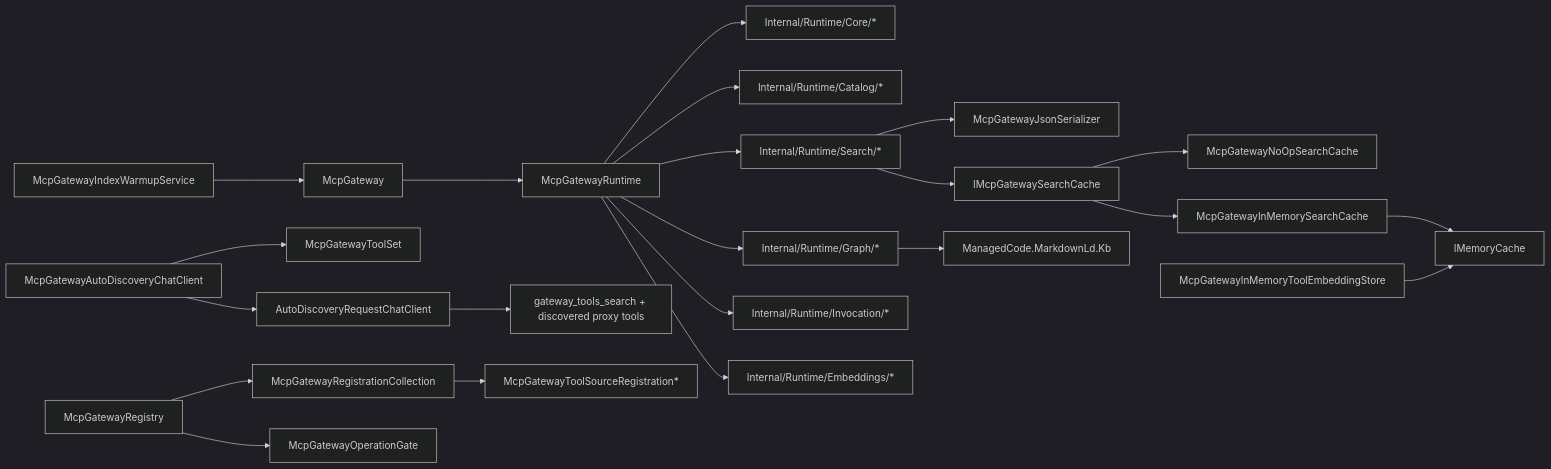
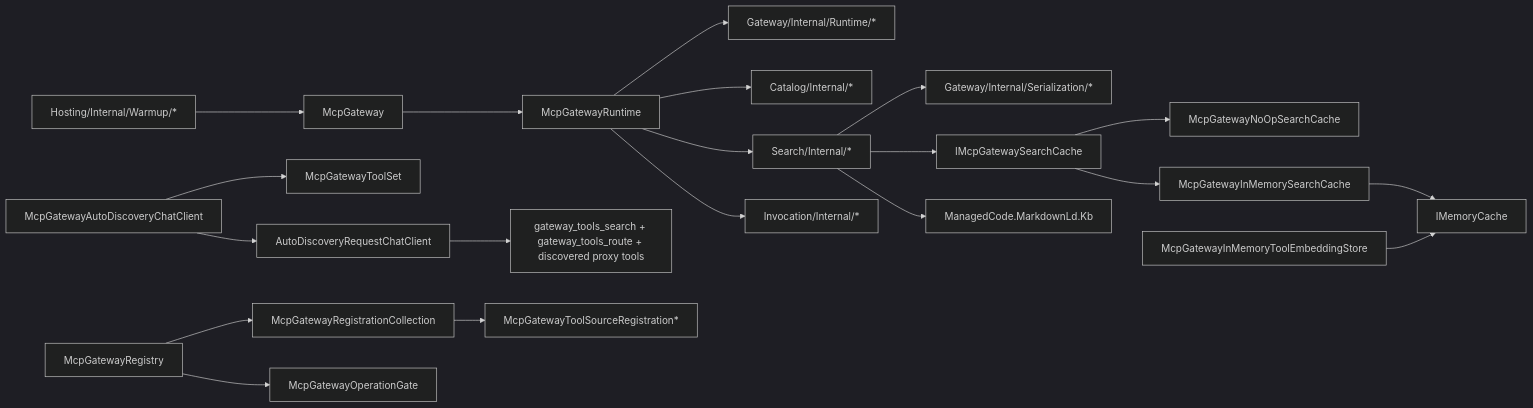
Before and after one commit to managedcode/MCPGateway: the fourth of 4 diagrams in docs/Architecture/Overview.md, drawn with Mermaid (dark theme). The commit also changed other lines of this file and 159 other files, not shown here.

````diff
--- a/docs/Architecture/Overview.md
+++ b/docs/Architecture/Overview.md
@@ -119,24 +122,22 @@
 ```mermaid
 flowchart LR
     McpGateway["McpGateway"] --> McpGatewayRuntime["McpGatewayRuntime"]
     AutoDiscovery["McpGatewayAutoDiscoveryChatClient"] --> ToolSet["McpGatewayToolSet"]
     AutoDiscovery --> RequestWrapper["AutoDiscoveryRequestChatClient"]
-    RequestWrapper --> RuntimeTools["gateway_tools_search + discovered proxy tools"]
-    McpGatewayRuntime --> RuntimeCore["Internal/Runtime/Core/*"]
-    McpGatewayRuntime --> RuntimeCatalog["Internal/Runtime/Catalog/*"]
-    McpGatewayRuntime --> RuntimeSearch["Internal/Runtime/Search/*"]
-    McpGatewayRuntime --> RuntimeGraph["Internal/Runtime/Graph/*"]
-    McpGatewayRuntime --> RuntimeInvocation["Internal/Runtime/Invocation/*"]
-    McpGatewayRuntime --> RuntimeEmbeddings["Internal/Runtime/Embeddings/*"]
+    RequestWrapper --> RuntimeTools["gateway_tools_search + gateway_tools_route + discovered proxy tools"]
+    McpGatewayRuntime --> RuntimeCore["Gateway/Internal/Runtime/*"]
+    McpGatewayRuntime --> RuntimeCatalog["Catalog/Internal/*"]
+    McpGatewayRuntime --> RuntimeSearch["Search/Internal/*"]
+    McpGatewayRuntime --> RuntimeInvocation["Invocation/Internal/*"]
     Registry["McpGatewayRegistry"] --> RegistrationCollection["McpGatewayRegistrationCollection"]
     Registry --> OperationGate["McpGatewayOperationGate"]
     RegistrationCollection --> SourceRegistrations["McpGatewayToolSourceRegistration*"]
-    RuntimeSearch --> Json["McpGatewayJsonSerializer"]
+    RuntimeSearch --> Json["Gateway/Internal/Serialization/*"]
     RuntimeSearch --> SearchCache["IMcpGatewaySearchCache"]
     SearchCache --> NoOpCache["McpGatewayNoOpSearchCache"]
     SearchCache --> InMemorySearchCache["McpGatewayInMemorySearchCache"]
     InMemorySearchCache --> MemoryCache["IMemoryCache"]
-    RuntimeGraph --> MarkdownLd["ManagedCode.MarkdownLd.Kb"]
-    Warmup["McpGatewayIndexWarmupService"] --> McpGateway
+    RuntimeSearch --> MarkdownLd["ManagedCode.MarkdownLd.Kb"]
+    Warmup["Hosting/Internal/Warmup/*"] --> McpGateway
     InMemoryStore["McpGatewayInMemoryToolEmbeddingStore"] --> MemoryCache["IMemoryCache"]
 ```
````
